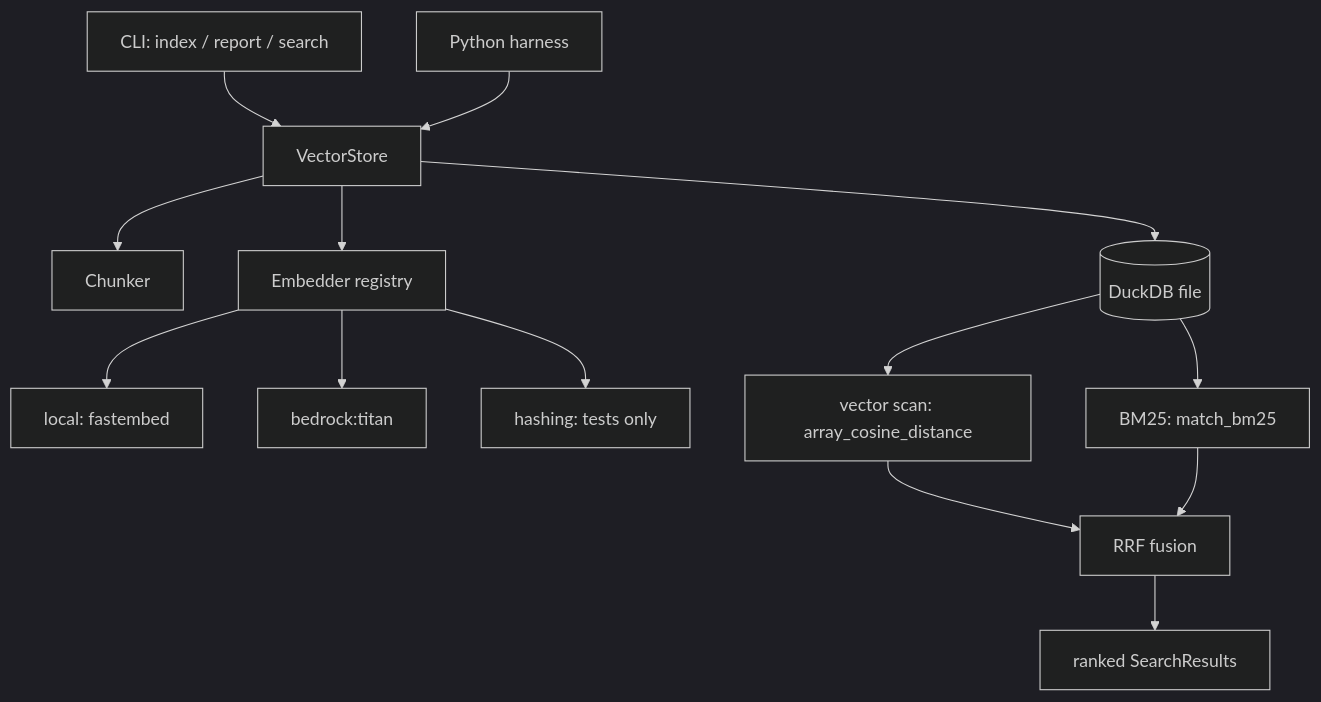
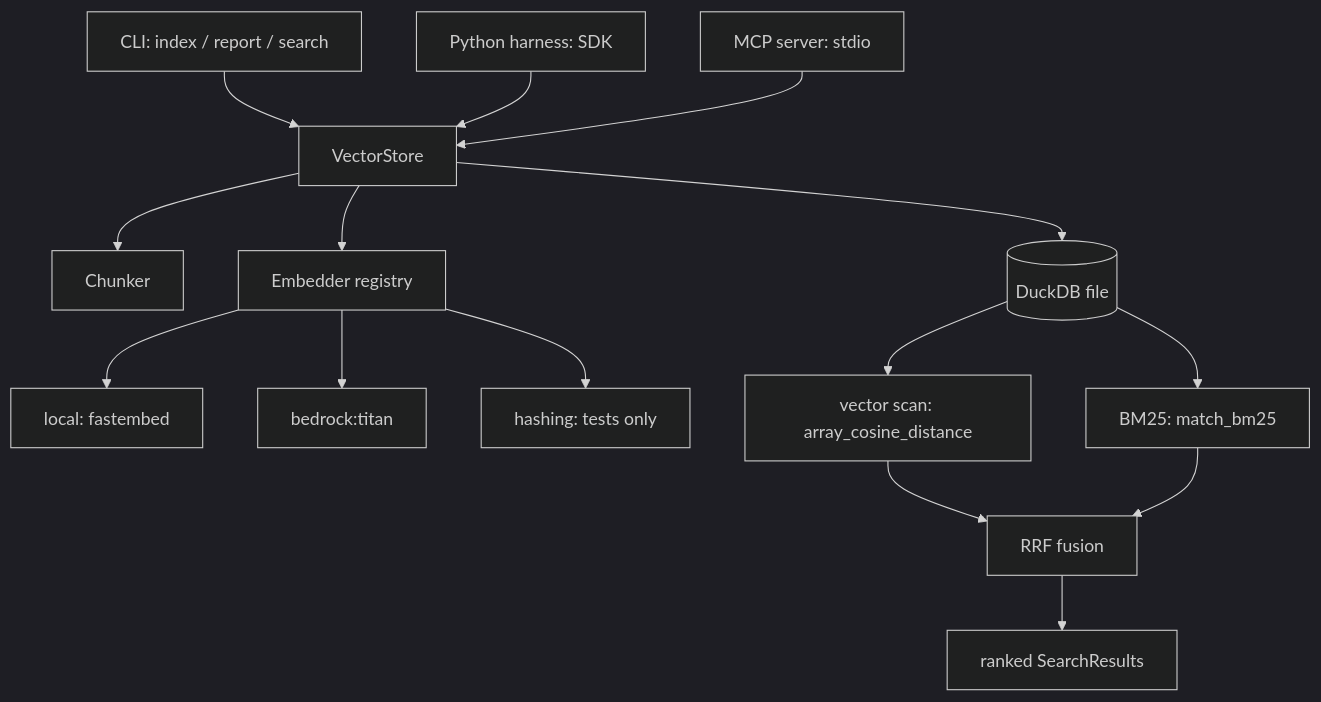
Before and after one commit to bernard357/duckdb-vectors: the second of 2 diagrams in documentation/duckdb-vectors-primitive.md, drawn with Mermaid (dark theme). The commit also changed other lines of this file, not shown here.

First line of the commit message:
docs(primitive): rename the API surface to SDK and add an MCP surface refs #17

````diff
--- a/documentation/duckdb-vectors-primitive.md
+++ b/documentation/duckdb-vectors-primitive.md
@@ -49,16 +49,17 @@
 ```mermaid
 flowchart TD
     CLI[CLI: index / report / search] --> Store
-    App[Python harness] --> Store
+    App[Python harness: SDK] --> Store
+    MCP[MCP server: stdio] --> Store
     Store[VectorStore] --> Chunker[Chunker]
     Store --> Embedder[Embedder registry]
     Embedder --> Local[local: fastembed]
     Embedder --> Bedrock[bedrock:titan]
     Embedder --> Hashing[hashing: tests only]
     Store --> DB[(DuckDB file)]
     DB --> Vec[vector scan: array_cosine_distance]
     DB --> FTS[BM25: match_bm25]
     Vec --> RRF[RRF fusion]
     FTS --> RRF
     RRF --> Results[ranked SearchResults]
 ```
````
